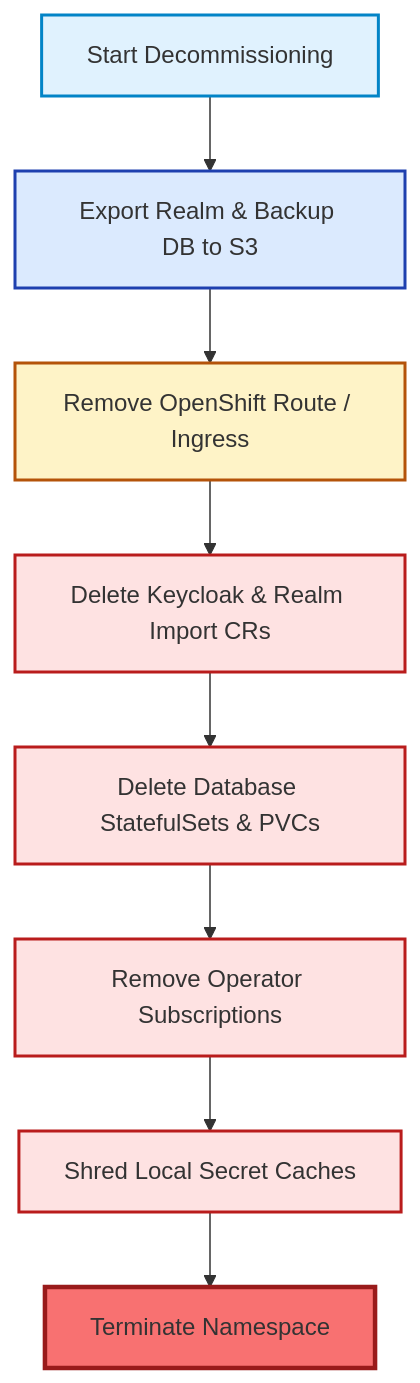
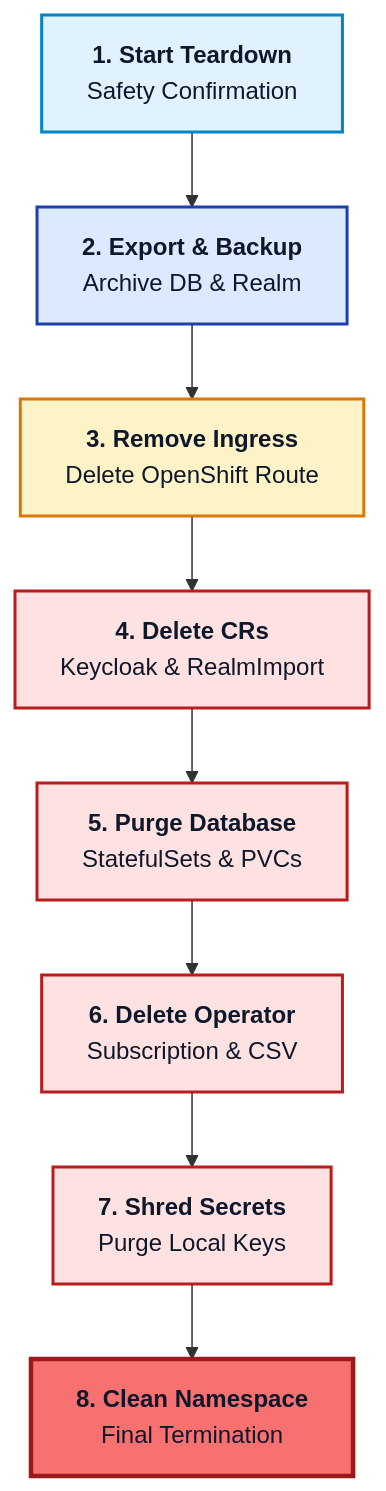
The diagram in docs/DECOMMISSIONING_RUNBOOK.md (nubenetes/keycloak-openshift-2026), drawn with Mermaid before and after one commit. The commit also changed 11 other files, not shown here.

Commit message:
fix(docs): optimize Mermaid architecture and sequence diagrams with text-wrapped node labels and improved layout

````diff
--- a/docs/DECOMMISSIONING_RUNBOOK.md
+++ b/docs/DECOMMISSIONING_RUNBOOK.md
@@ -9,19 +9,19 @@
 ```mermaid
 graph TD
-    A[Start Decommissioning] --> B[Export Realm & Backup DB to S3]
-    B --> C[Remove OpenShift Route / Ingress]
-    C --> D[Delete Keycloak & Realm Import CRs]
-    D --> E[Delete Database StatefulSets & PVCs]
-    E --> F[Remove Operator Subscriptions]
-    F --> G[Shred Local Secret Caches]
-    G --> H[Terminate Namespace]
+    A["<b>1. Start Teardown</b><br/>Safety Confirmation"] --> B["<b>2. Export & Backup</b><br/>Archive DB & Realm"]
+    B --> C["<b>3. Remove Ingress</b><br/>Delete OpenShift Route"]
+    C --> D["<b>4. Delete CRs</b><br/>Keycloak & RealmImport"]
+    D --> E["<b>5. Purge Database</b><br/>StatefulSets & PVCs"]
+    E --> F["<b>6. Delete Operator</b><br/>Subscription & CSV"]
+    F --> G["<b>7. Shred Secrets</b><br/>Purge Local Keys"]
+    G --> H["<b>8. Clean Namespace</b><br/>Final Termination"]
 
-    style A fill:#e0f2fe,stroke:#0284c7,stroke-width:2px;
-    style B fill:#dbeafe,stroke:#1e40af,stroke-width:2px;
-    style C fill:#fef3c7,stroke:#b45309,stroke-width:2px;
-    style D fill:#fee2e2,stroke:#b91c1c,stroke-width:2px;
-    style E fill:#fee2e2,stroke:#b91c1c,stroke-width:2px;
-    style F fill:#fee2e2,stroke:#b91c1c,stroke-width:2px;
-    style G fill:#fee2e2,stroke:#b91c1c,stroke-width:2px;
-    style H fill:#f87171,stroke:#991b1b,stroke-width:3px;
+    style A fill:#e0f2fe,stroke:#0284c7,stroke-width:2px,color:#0f172a;
+    style B fill:#dbeafe,stroke:#1e40af,stroke-width:2px,color:#0f172a;
+    style C fill:#fef3c7,stroke:#d97706,stroke-width:2px,color:#0f172a;
+    style D fill:#fee2e2,stroke:#b91c1c,stroke-width:2px,color:#0f172a;
+    style E fill:#fee2e2,stroke:#b91c1c,stroke-width:2px,color:#0f172a;
+    style F fill:#fee2e2,stroke:#b91c1c,stroke-width:2px,color:#0f172a;
+    style G fill:#fee2e2,stroke:#b91c1c,stroke-width:2px,color:#0f172a;
+    style H fill:#f87171,stroke:#991b1b,stroke-width:3px,color:#0f172a;
 ```
````
